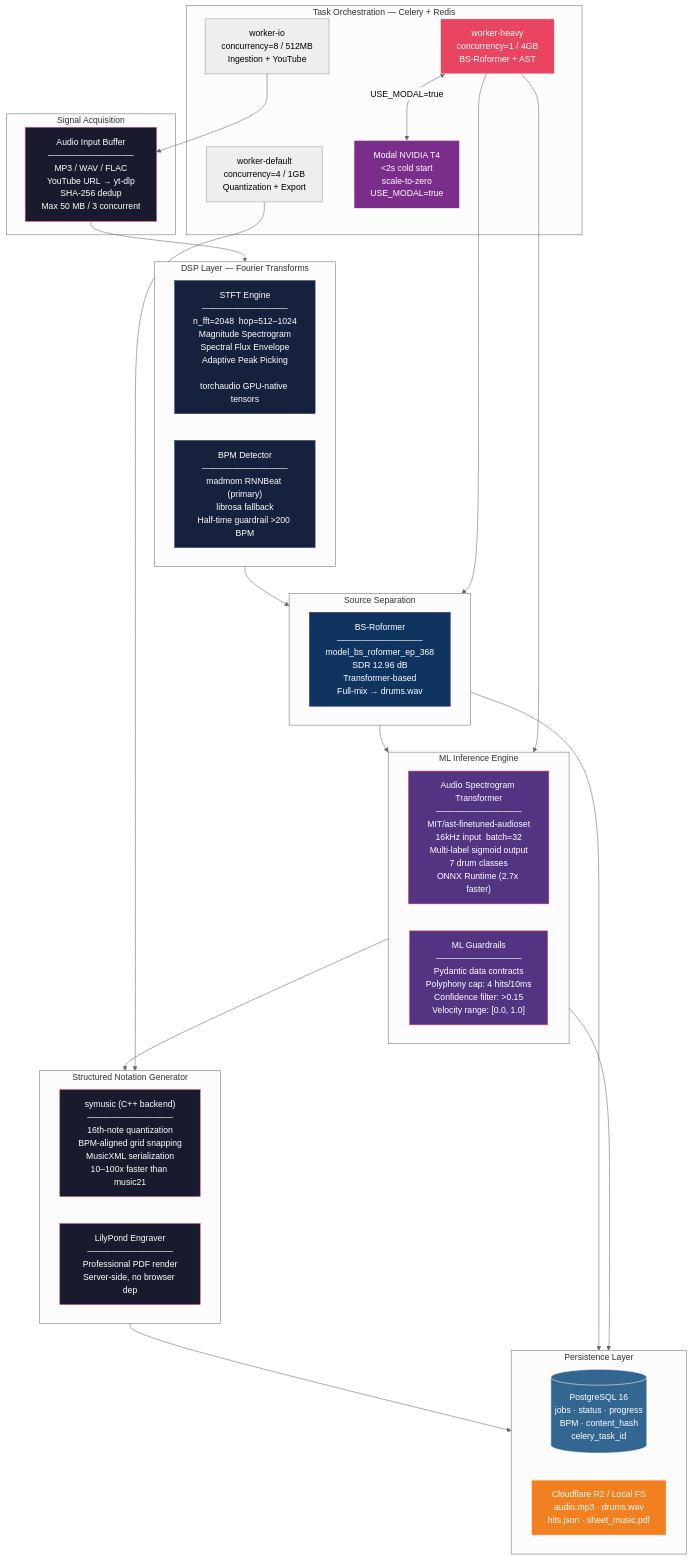
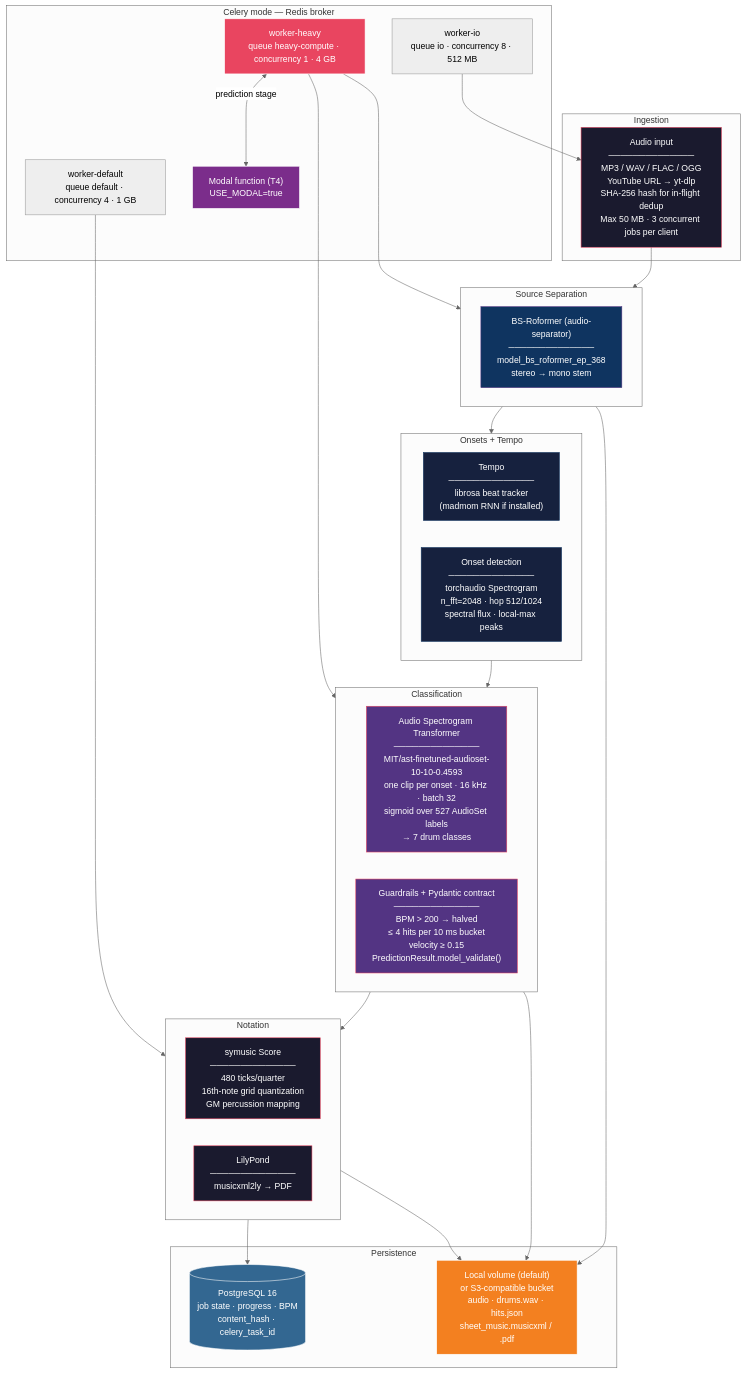
The first of 3 diagrams in README.md (MatPizzolo/Automatic-Drum-Transcription), drawn with Mermaid (neutral theme) before and after one commit. The commit also changed other lines of this file and 1 other file, not shown here.

````diff
--- a/README.md
+++ b/README.md
@@ -25,65 +37,63 @@
 ```mermaid
 flowchart TB
-    subgraph Ingress["Signal Acquisition"]
-        AB["Audio Input Buffer\n──────────────\nMP3 / WAV / FLAC\nYouTube URL → yt-dlp\nSHA-256 dedup\nMax 50 MB / 3 concurrent"]
-    end
-
-    subgraph DSP["DSP Layer — Fourier Transforms"]
-        STFT["STFT Engine\n──────────────\nn_fft=2048  hop=512–1024\nMagnitude Spectrogram\nSpectral Flux Envelope\nAdaptive Peak Picking\n\ntorchaudio GPU-native tensors"]
-        BPM["BPM Detector\n──────────────\nmadmom RNNBeat (primary)\nlibrosa fallback\nHalf-time guardrail >200 BPM"]
+    subgraph Ingress["Ingestion"]
+        AB["Audio input\n──────────────\nMP3 / WAV / FLAC / OGG\nYouTube URL → yt-dlp\nSHA-256 hash for in-flight dedup\nMax 50 MB · 3 concurrent jobs per client"]
     end
 
     subgraph Sep["Source Separation"]
-        BSR["BS-Roformer\n──────────────\nmodel_bs_roformer_ep_368\nSDR 12.96 dB\nTransformer-based\nFull-mix → drums.wav"]
+        BSR["BS-Roformer (audio-separator)\n──────────────\nmodel_bs_roformer_ep_368\nstereo → mono stem"]
     end
 
-    subgraph Inference["ML Inference Engine"]
-        AST["Audio Spectrogram Transformer\n──────────────\nMIT/ast-finetuned-audioset\n16kHz input  batch=32\nMulti-label sigmoid output\n7 drum classes\nONNX Runtime (2.7x faster)"]
-        GR["ML Guardrails\n──────────────\nPydantic data contracts\nPolyphony cap: 4 hits/10ms\nConfidence filter: >0.15\nVelocity range: [0.0, 1.0]"]
+    subgraph DSP["Onsets + Tempo"]
+        BPM["Tempo\n──────────────\nlibrosa beat tracker\n(madmom RNN if installed)"]
+        STFT["Onset detection\n──────────────\ntorchaudio Spectrogram\nn_fft=2048 · hop 512/1024\nspectral flux · local-max peaks"]
     end
 
-    subgraph Export["Structured Notation Generator"]
-        SYM["symusic (C++ backend)\n──────────────\n16th-note quantization\nBPM-aligned grid snapping\nMusicXML serialization\n10–100x faster than music21"]
-        LP["LilyPond Engraver\n──────────────\nProfessional PDF render\nServer-side, no browser dep"]
+    subgraph Inference["Classification"]
+        AST["Audio Spectrogram Transformer\n──────────────\nMIT/ast-finetuned-audioset-10-10-0.4593\none clip per onset · 16 kHz · batch 32\nsigmoid over 527 AudioSet labels\n→ 7 drum classes"]
+        GR["Guardrails + Pydantic contract\n──────────────\nBPM > 200 → halved\n≤ 4 hits per 10 ms bucket\nvelocity ≥ 0.15\nPredictionResult.model_validate()"]
     end
 
-    subgraph Orchestration["Task Orchestration — Celery + Redis"]
-        WIO["worker-io\nconcurrency=8 / 512MB\nIngestion + YouTube"]
-        WHV["worker-heavy\nconcurrency=1 / 4GB\nBS-Roformer + AST"]
-        WDF["worker-default\nconcurrency=4 / 1GB\nQuantization + Export"]
-        GPU["Modal NVIDIA T4\n<2s cold start\nscale-to-zero\nUSE_MODAL=true"]
+    subgraph Export["Notation"]
+        SYM["symusic Score\n──────────────\n480 ticks/quarter\n16th-note grid quantization\nGM percussion mapping"]
+        LP["LilyPond\n──────────────\nmusicxml2ly → PDF"]
     end
 
-    subgraph Persistence["Persistence Layer"]
-        PG[("PostgreSQL 16\njobs · status · progress\nBPM · content_hash\ncelery_task_id")]
-        R2["Cloudflare R2 / Local FS\naudio.mp3 · drums.wav\nhits.json · sheet_music.pdf"]
+    subgraph Orchestration["Celery mode — Redis broker"]
+        WIO["worker-io\nqueue io · concurrency 8 · 512 MB"]
+        WHV["worker-heavy\nqueue heavy-compute · concurrency 1 · 4 GB"]
+        WDF["worker-default\nqueue default · concurrency 4 · 1 GB"]
+        GPU["Modal function (T4)\nUSE_MODAL=true"]
     end
 
-    AB --> DSP
-    DSP --> Sep
-    Sep --> Inference
-    Inference --> Export
+    subgraph Persistence["Persistence"]
+        PG[("PostgreSQL 16\njob state · progress · BPM\ncontent_hash · celery_task_id")]
+        FS["Local volume (default)\nor S3-compatible bucket\naudio · drums.wav · hits.json\nsheet_music.musicxml / .pdf"]
+    end
+
+    AB --> Sep --> DSP --> Inference --> Export
 
     WIO --> AB
     WHV --> Sep
     WHV --> Inference
     WDF --> Export
-    WHV <-->|"USE_MODAL=true"| GPU
+    WHV <-->|"prediction stage"| GPU
 
-    Export --> Persistence
-    Sep --> Persistence
-    Inference --> Persistence
+    Sep --> FS
+    Inference --> FS
+    Export --> FS
+    Export --> PG
 
     style AB fill:#1a1a2e,stroke:#e94560,color:#fff
     style STFT fill:#16213e,stroke:#0f3460,color:#fff
     style BPM fill:#16213e,stroke:#0f3460,color:#fff
     style BSR fill:#0f3460,stroke:#533483,color:#fff
     style AST fill:#533483,stroke:#e94560,color:#fff
     style GR fill:#533483,stroke:#e94560,color:#fff
     style SYM fill:#1a1a2e,stroke:#e94560,color:#fff
     style LP fill:#1a1a2e,stroke:#e94560,color:#fff
     style WHV fill:#e94560,stroke:#fff,color:#fff
     style GPU fill:#7b2d8b,stroke:#fff,color:#fff
     style PG fill:#336791,stroke:#fff,color:#fff
-    style R2 fill:#f38020,stroke:#fff,color:#fff
+    style FS fill:#f38020,stroke:#fff,color:#fff
 ```
````
